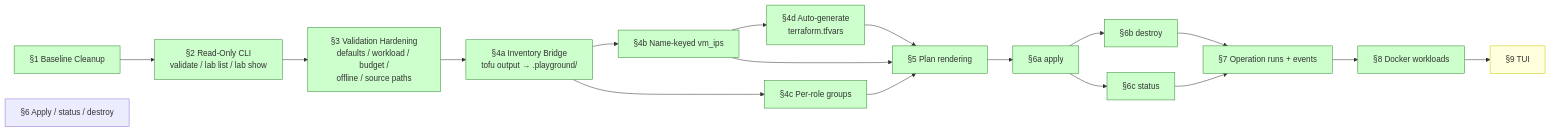
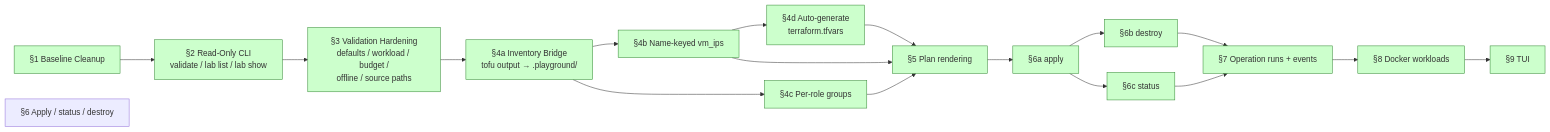
One commit to spicysauce1955-stack/playground changed the seventh of 7 diagrams in docs/system_overview.md. Above: the diagram before and after it, drawn with Mermaid. The commit also changed 8 other files, not shown here.

````diff
--- a/docs/system_overview.md
+++ b/docs/system_overview.md
@@ -362,33 +362,32 @@
 ```mermaid
 flowchart LR
     s1[§1 Baseline Cleanup]
     s2[§2 Read-Only CLI<br/>validate / lab list / lab show]
     s3[§3 Validation Hardening<br/>defaults / workload / budget /<br/>offline / source paths]
     s4a[§4a Inventory Bridge<br/>tofu output → .playground/]
     s4b[§4b Name-keyed vm_ips]
     s4c[§4c Per-role groups]
     s5[§5 Plan rendering]
     s6[§6 Apply / status / destroy]
     s7[§7 Operation runs + events]
     s8[§8 Docker workloads]
     s9[§9 TUI]
 
     s1 --> s2 --> s3 --> s4a --> s4b
     s4a --> s4c
     s4b --> s4d[§4d Auto-generate<br/>terraform.tfvars]
     s4b --> s5
     s4c --> s5
     s4d --> s5
     s5 --> s6a[§6a apply]
     s6a --> s6b[§6b destroy]
     s6a --> s6c[§6c status]
     s6b --> s7
     s6c --> s7
     s7 --> s8 --> s9
 
     classDef done fill:#cfc,stroke:#383
     classDef next fill:#ffd,stroke:#cc0
     classDef queued fill:#eee,stroke:#888
-    class s1,s2,s3,s4a,s4b,s4c,s4d,s5,s6a,s6b,s6c,s7,s8 done
-    class s9 next
+    class s1,s2,s3,s4a,s4b,s4c,s4d,s5,s6a,s6b,s6c,s7,s8,s9 done
 ```
````
